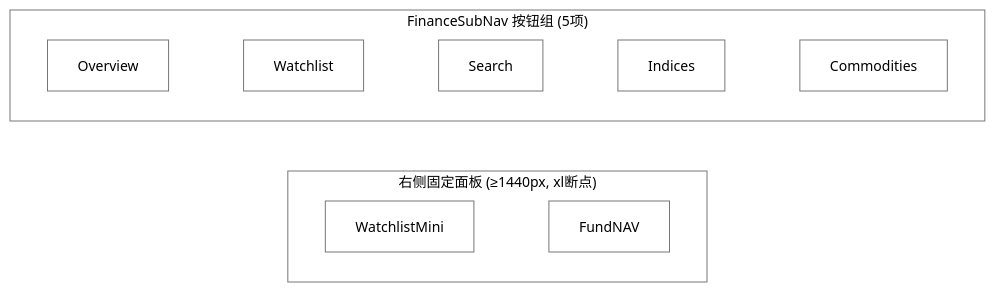
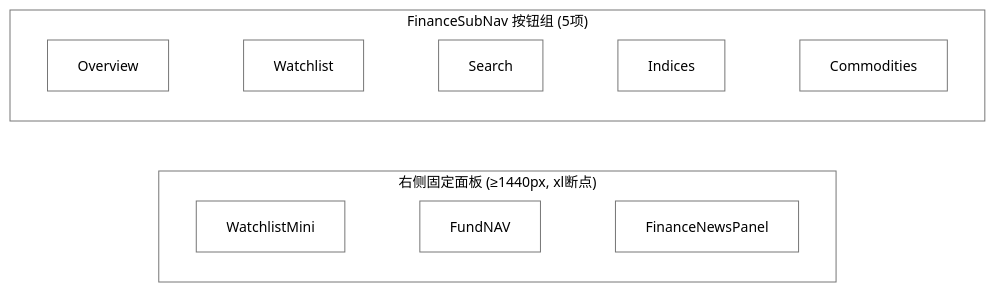
Before and after one commit to onceme/instantboard: the fifth of 6 diagrams in docs/dev-guide/design/finance-tab.md, drawn with Mermaid. The commit also changed other lines of this file and 4 other files, not shown here.

Commit message:
feat: add finance top news panel to right column

````diff
--- a/docs/dev-guide/design/finance-tab.md
+++ b/docs/dev-guide/design/finance-tab.md
@@ -264,13 +264,13 @@
 ```mermaid
 %%{init: {"theme": "base", "themeVariables": {"primaryColor": "#ffffff", "primaryTextColor": "#000000", "primaryBorderColor": "#767676", "lineColor": "#767676", "arrowheadColor": "#767676", "secondaryColor": "#ffffff", "secondaryTextColor": "#000000", "secondaryBorderColor": "#767676", "tertiaryColor": "#ffffff", "tertiaryTextColor": "#000000", "tertiaryBorderColor": "#767676", "edgeLabelBackground": "#ffffff", "textColor": "#000000", "nodeTextColor": "#000000", "mainBkg": "#ffffff", "nodeBorder": "#767676", "clusterBkg": "#ffffff", "clusterBdr": "#767676", "clusterTextColor": "#000000", "titleColor": "#000000", "fontSize": "14px"}, "flowchart": {"nodeSpacing": 40, "rankSpacing": 50, "wrappingWidth": 180, "useMaxWidth": true}}}%%
 graph TD
     subgraph SubNav["FinanceSubNav 按钮组 (5项)"]
         direction LR
         OV["Overview"] ~~~ WL["Watchlist"] ~~~ SE["Search"] ~~~ ID["Indices"] ~~~ CO["Commodities"]
     end
     subgraph Right["右侧固定面板 (≥1440px, xl断点)"]
         direction LR
-        WM2["WatchlistMini"] ~~~ NAV2["FundNAV"]
+        WM2["WatchlistMini"] ~~~ NAV2["FundNAV"] ~~~ NEWS2["FinanceNewsPanel"]
     end
     SubNav ~~~ Right
 ```
````
